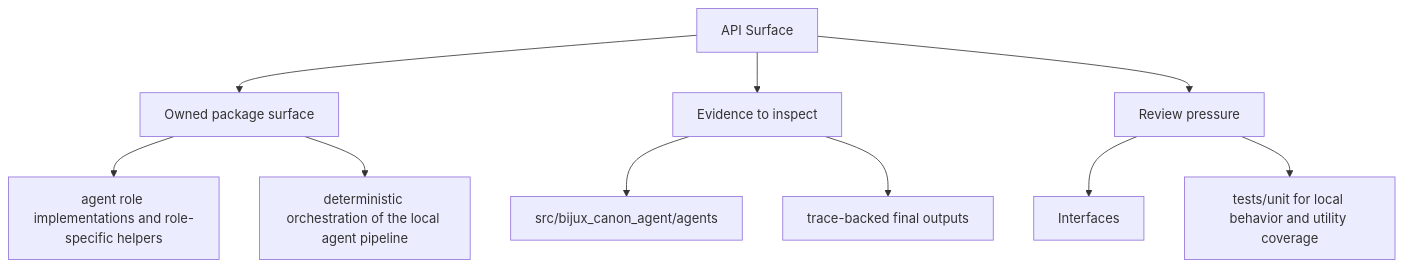
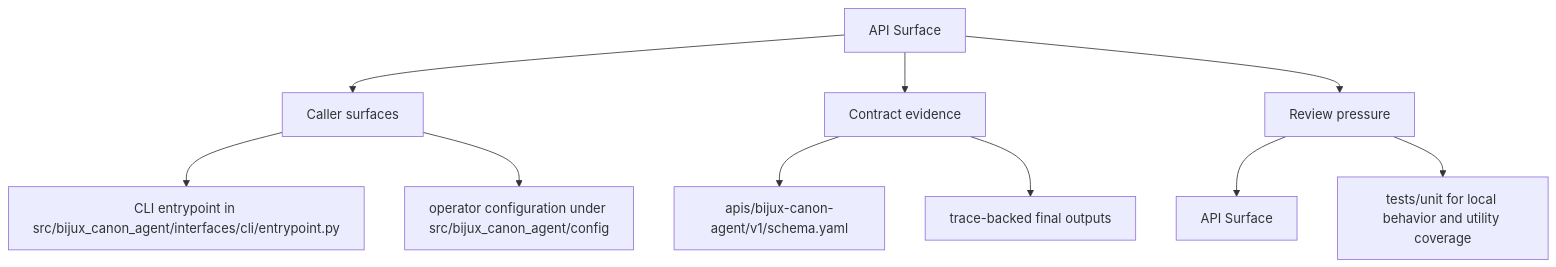
Before and after one commit to bijux/bijux-canon: the second of 2 diagrams in docs/bijux-canon-agent/interfaces/api-surface.md, drawn with Mermaid. The commit also changed other lines of this file and 250 other files, not shown here.

Commit message:
docs(diagrams): make product page maps more readable

````diff
--- a/docs/bijux-canon-agent/interfaces/api-surface.md
+++ b/docs/bijux-canon-agent/interfaces/api-surface.md
@@ -35,22 +35,22 @@
 ```mermaid
 flowchart TD
     page["API Surface"]
-    focus1["Owned package surface"]
+    focus1["Caller surfaces"]
     page --> focus1
-    focus1_1["agent role implementations and role-specific helpers"]
+    focus1_1["CLI entrypoint in src/bijux_canon_agent/interfaces/cli/entrypoint.py"]
     focus1 --> focus1_1
-    focus1_2["deterministic orchestration of the local agent pipeline"]
+    focus1_2["operator configuration under src/bijux_canon_agent/config"]
     focus1 --> focus1_2
-    focus2["Evidence to inspect"]
+    focus2["Contract evidence"]
     page --> focus2
-    focus2_1["src/bijux_canon_agent/agents"]
+    focus2_1["apis/bijux-canon-agent/v1/schema.yaml"]
     focus2 --> focus2_1
     focus2_2["trace-backed final outputs"]
     focus2 --> focus2_2
     focus3["Review pressure"]
     page --> focus3
-    focus3_1["Interfaces"]
+    focus3_1["API Surface"]
     focus3 --> focus3_1
     focus3_2["tests/unit for local behavior and utility coverage"]
     focus3 --> focus3_2
 ```
````
